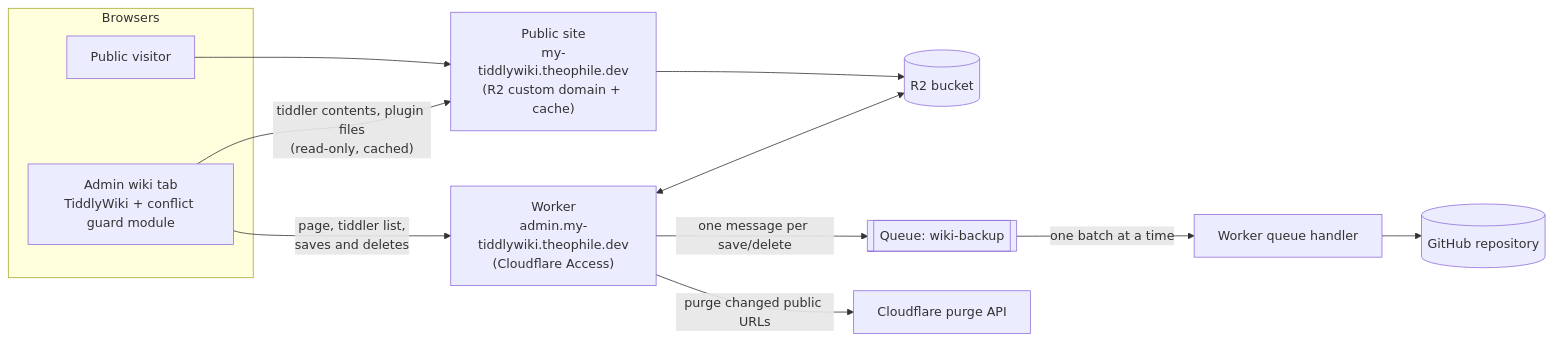
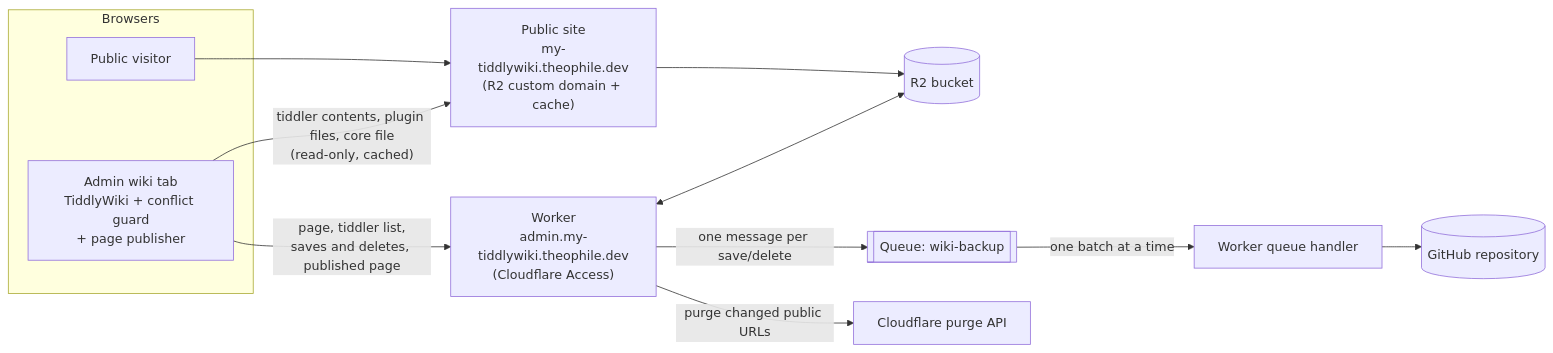
Before and after one commit to DesignThinkerer/tiddlywiki-cloudflare: the first of 4 diagrams in README.md, drawn with Mermaid. The commit also changed other lines of this file and 11 other files, not shown here.

````diff
--- a/README.md
+++ b/README.md
@@ -37,16 +38,16 @@
 ```mermaid
 flowchart LR
   subgraph Browsers
-    T["Admin wiki tab<br/>TiddlyWiki + conflict guard module"]
+    T["Admin wiki tab<br/>TiddlyWiki + conflict guard<br/>+ page publisher"]
     V["Public visitor"]
   end
-  T -- "page, tiddler list,<br/>saves and deletes" --> W["Worker<br/>admin.my-tiddlywiki.theophile.dev<br/>(Cloudflare Access)"]
-  T -- "tiddler contents, plugin files<br/>(read-only, cached)" --> P["Public site<br/>my-tiddlywiki.theophile.dev<br/>(R2 custom domain + cache)"]
+  T -- "page, tiddler list,<br/>saves and deletes, published page" --> W["Worker<br/>admin.my-tiddlywiki.theophile.dev<br/>(Cloudflare Access)"]
+  T -- "tiddler contents, plugin files, core file<br/>(read-only, cached)" --> P["Public site<br/>my-tiddlywiki.theophile.dev<br/>(R2 custom domain + cache)"]
   V --> P
   W <--> R2[("R2 bucket")]
   P --> R2
   W -- "one message per save/delete" --> Q[["Queue: wiki-backup"]]
   Q -- "one batch at a time" --> C["Worker queue handler"]
   C --> GH[("GitHub repository")]
   W -- "purge changed public URLs" --> API["Cloudflare purge API"]
 ```
````
